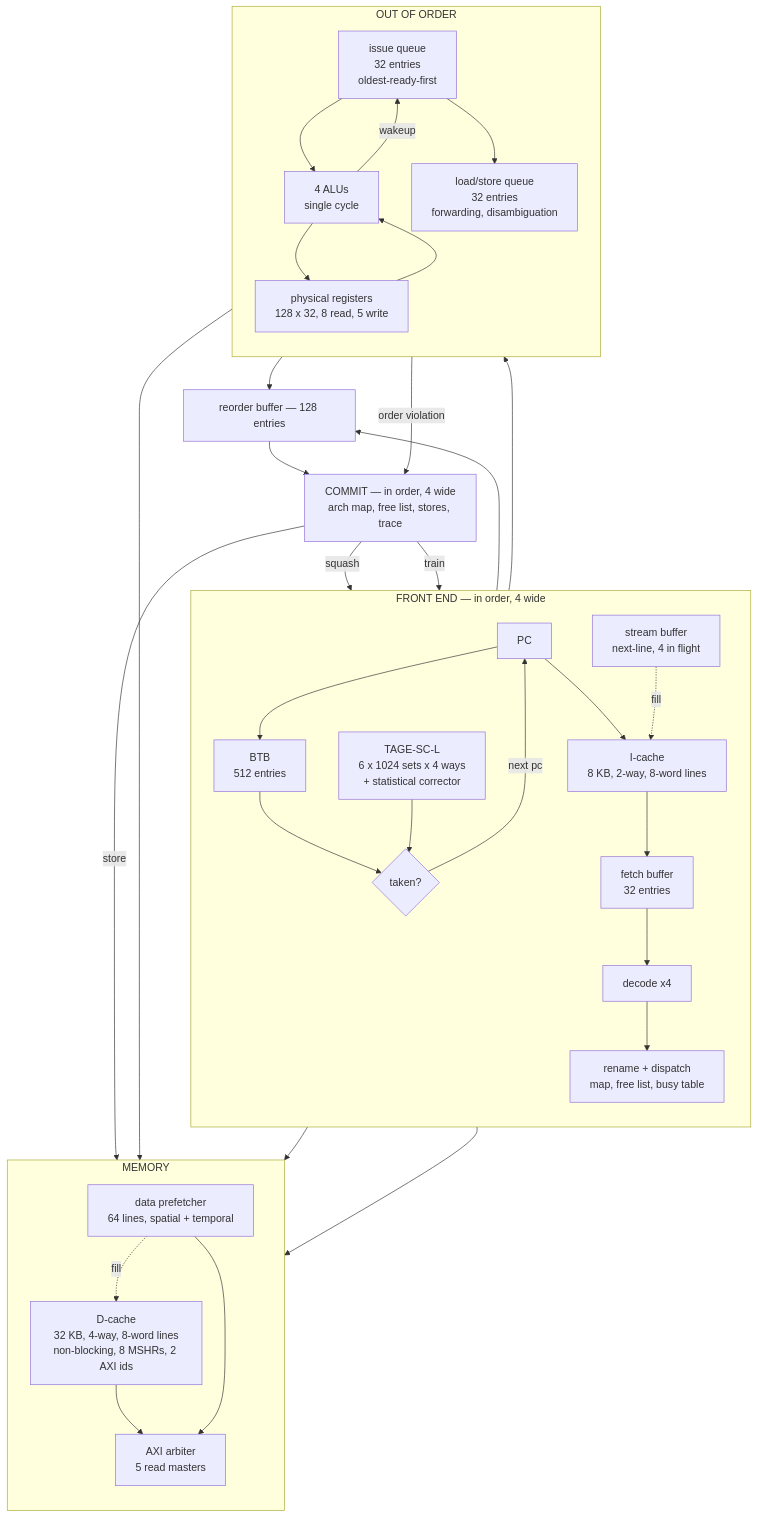
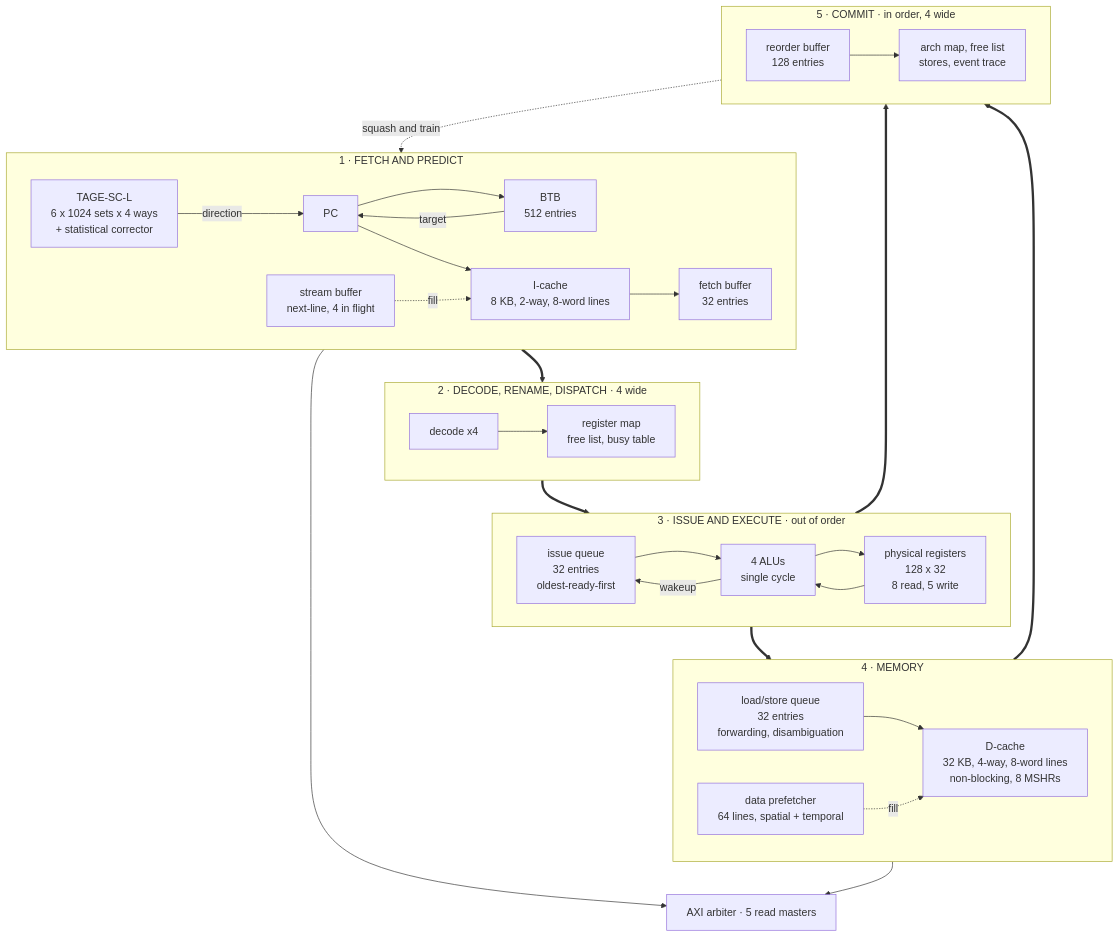
The diagram in README.md (dillwang/Advanced-CPU-Optimization), drawn with Mermaid before and after one commit.

Commit message:
Wire the diagram stage to stage, not component to component
The height was coming from the edges, not the boxes. RN reached into the issue
queue, IC into the arbiter, LSQ into the D-cache, CM back to the pc and to the
predictor -- five edges crossing three subgraph boundaries, each one pulling its
endpoints apart until the front end was a tall column.

Now the pipeline is five stages, each its own section with its components
inside, and every edge that leaves a section attaches to the *section*:

    FETCH ==> RENAME ==> EXEC ==> MEMORY ==> COMMIT

with the squash-and-train feedback and the two arbiter paths as the only others.
No node has an edge crossing a boundary any more.

That should also make `direction LR` take effect inside each stage, which it
could not before: mermaid ignores a subgraph's direction precisely when a node
inside it links outside, which was true of three of them. If it does take, each
stage becomes a horizontal band rather than a column, which is the other half of
the height.

Reverts and replaces the previous attempt, which flattened the front end by
deleting detail from it rather than by fixing what was stretching it.

````diff
--- a/README.md
+++ b/README.md
@@ -50,61 +50,63 @@
 ```mermaid
 flowchart TD
-    subgraph FE["FRONT END — in order, 4 wide"]
-        direction TB
+    subgraph FETCH["1 · FETCH AND PREDICT"]
+        direction LR
         PC["PC"]
         BTB["BTB<br>512 entries"]
         TAGE["TAGE-SC-L<br>6 x 1024 sets x 4 ways<br>+ statistical corrector"]
         IC["I-cache<br>8 KB, 2-way, 8-word lines"]
         SB["stream buffer<br>next-line, 4 in flight"]
         FB["fetch buffer<br>32 entries"]
-        DEC["decode x4"]
-        RN["rename + dispatch<br>map, free list, busy table"]
         PC --> BTB
         PC --> IC
-        BTB --> NPC{"taken?"}
-        TAGE --> NPC
-        NPC -- next pc --> PC
+        BTB -- target --> PC
+        TAGE -- direction --> PC
         SB -. fill .-> IC
         IC --> FB
-        FB --> DEC
-        DEC --> RN
     end
 
-    subgraph OOO["OUT OF ORDER"]
-        direction TB
+    subgraph RENAME["2 · DECODE, RENAME, DISPATCH · 4 wide"]
+        direction LR
+        DEC["decode x4"]
+        MAP["register map<br>free list, busy table"]
+        DEC --> MAP
+    end
+
+    subgraph EXEC["3 · ISSUE AND EXECUTE · out of order"]
+        direction LR
         IQ["issue queue<br>32 entries<br>oldest-ready-first"]
         ALU["4 ALUs<br>single cycle"]
-        PRF["physical registers<br>128 x 32, 8 read, 5 write"]
-        LSQ["load/store queue<br>32 entries<br>forwarding, disambiguation"]
+        PRF["physical registers<br>128 x 32<br>8 read, 5 write"]
         IQ --> ALU
-        IQ --> LSQ
+        ALU --> PRF
         PRF --> ALU
-        ALU --> PRF
         ALU -- wakeup --> IQ
     end
 
-    subgraph MEM["MEMORY"]
-        direction TB
-        DC["D-cache<br>32 KB, 4-way, 8-word lines<br>non-blocking, 8 MSHRs, 2 AXI ids"]
+    subgraph MEMORY["4 · MEMORY"]
+        direction LR
+        LSQ["load/store queue<br>32 entries<br>forwarding, disambiguation"]
+        DC["D-cache<br>32 KB, 4-way, 8-word lines<br>non-blocking, 8 MSHRs"]
         PFE["data prefetcher<br>64 lines, spatial + temporal"]
-        ARB["AXI arbiter<br>5 read masters"]
+        LSQ --> DC
         PFE -. fill .-> DC
-        DC --> ARB
-        PFE --> ARB
     end
 
-    ROB["reorder buffer — 128 entries"]
-    CM["COMMIT — in order, 4 wide<br>arch map, free list, stores, trace"]
+    subgraph COMMIT["5 · COMMIT · in order, 4 wide"]
+        direction LR
+        ROB["reorder buffer<br>128 entries"]
+        ARCH["arch map, free list<br>stores, event trace"]
+        ROB --> ARCH
+    end
 
-    RN --> IQ
-    RN --> ROB
-    LSQ --> DC
-    IC --> ARB
-    SB --> ARB
-    ALU --> ROB
-    ROB --> CM
-    CM -- store --> DC
-    CM -- squash --> PC
-    LSQ -- order violation --> CM
-    CM -- train --> TAGE
+    ARB["AXI arbiter · 5 read masters"]
+
+    FETCH ==> RENAME
+    RENAME ==> EXEC
+    EXEC ==> MEMORY
+    EXEC ==> COMMIT
+    MEMORY ==> COMMIT
+    COMMIT -. squash and train .-> FETCH
+    FETCH --> ARB
+    MEMORY --> ARB
 ```
````
